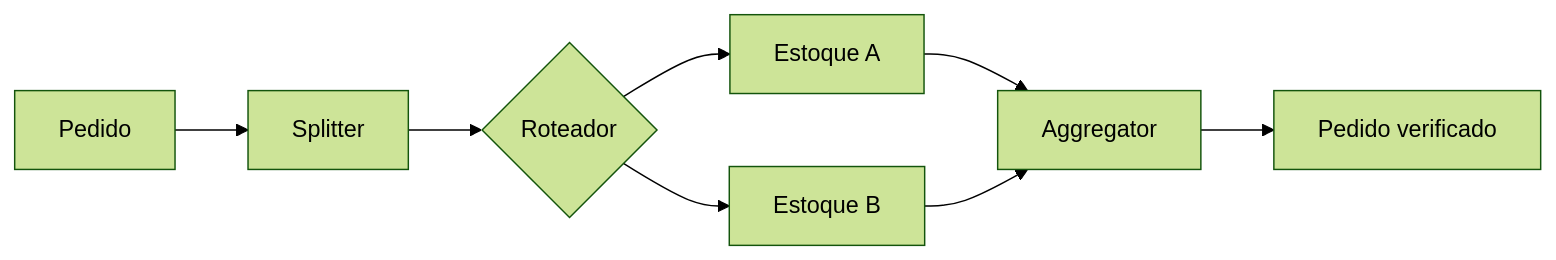
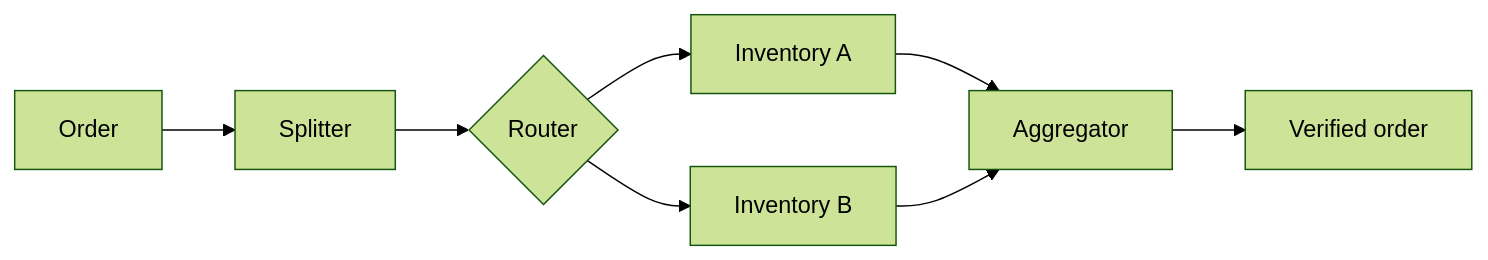
Before and after one commit to alancesar/design-patterns: the diagram in docs/architecture/eip/message-routing/composed-message-processor.md, drawn with Mermaid (forest theme). The commit also changed 258 other files, not shown here.

First line of the commit message:
Translate Mermaid diagrams to English

````diff
--- a/docs/architecture/eip/message-routing/composed-message-processor.md
+++ b/docs/architecture/eip/message-routing/composed-message-processor.md
@@ -49,10 +49,10 @@
 ```mermaid
 flowchart LR
-    M["Pedido"] --> S["Splitter"]
-    S --> R{"Roteador"}
-    R --> A["Estoque A"]
-    R --> B["Estoque B"]
+    M["Order"] --> S["Splitter"]
+    S --> R{"Router"}
+    R --> A["Inventory A"]
+    R --> B["Inventory B"]
     A --> AG["Aggregator"]
     B --> AG
-    AG --> O["Pedido verificado"]
+    AG --> O["Verified order"]
 ```
````
